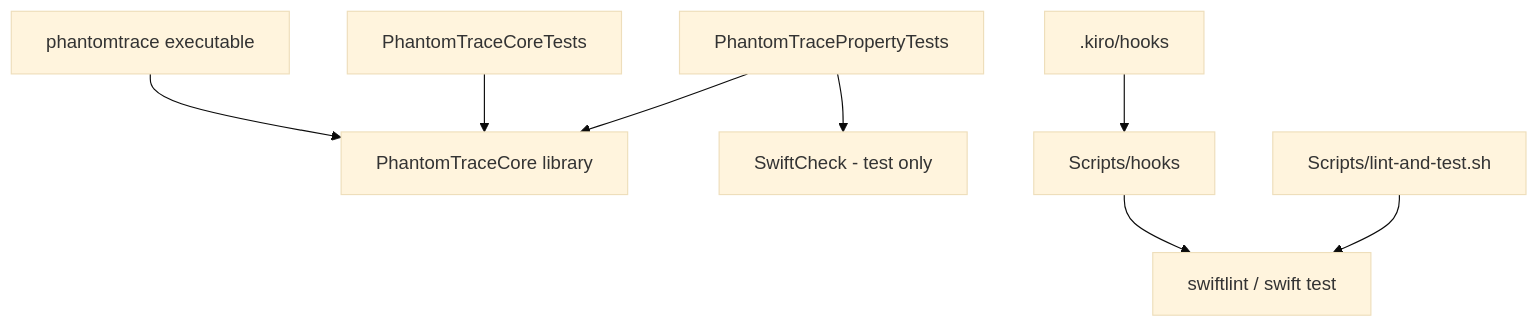
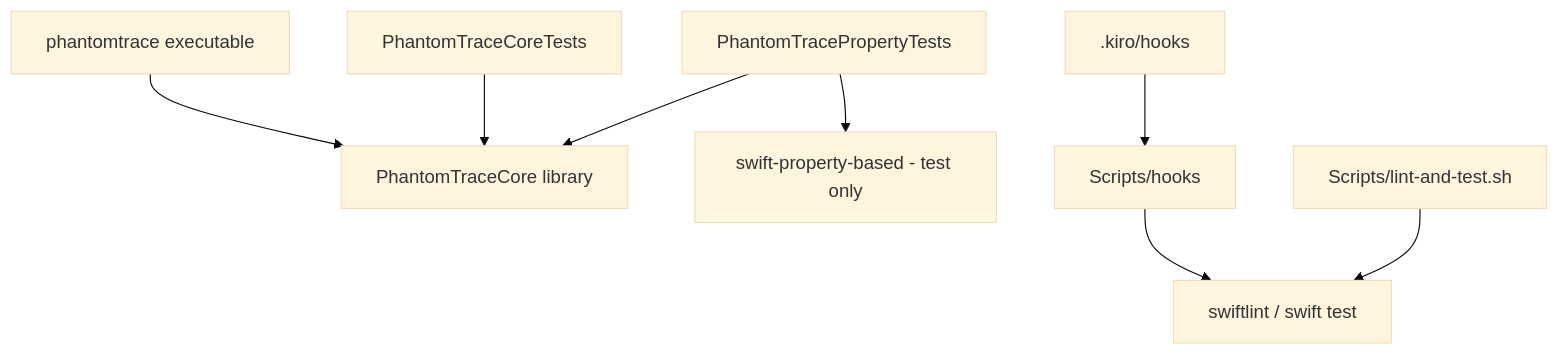
The diagram in .kiro/specs/project-scaffolding/design.md (iolaire/PhantomTrace), drawn with Mermaid (base theme) before and after one commit. The commit also changed other lines of this file and 16 other files, not shown here.

First line of the commit message:
docs(specs): update property-based testing dependency from SwiftCheck to swift-property-based

````diff
--- a/.kiro/specs/project-scaffolding/design.md
+++ b/.kiro/specs/project-scaffolding/design.md
@@ -24,9 +24,9 @@
 ```mermaid
 graph TD
     CLI[phantomtrace executable] --> Core[PhantomTraceCore library]
     CoreTests[PhantomTraceCoreTests] --> Core
     PropTests[PhantomTracePropertyTests] --> Core
-    PropTests --> SC[SwiftCheck - test only]
+    PropTests --> SC[swift-property-based - test only]
     Hooks[.kiro/hooks] --> HookScripts[Scripts/hooks] --> Tools[swiftlint / swift test]
     Script[Scripts/lint-and-test.sh] --> Tools
 ```
````
